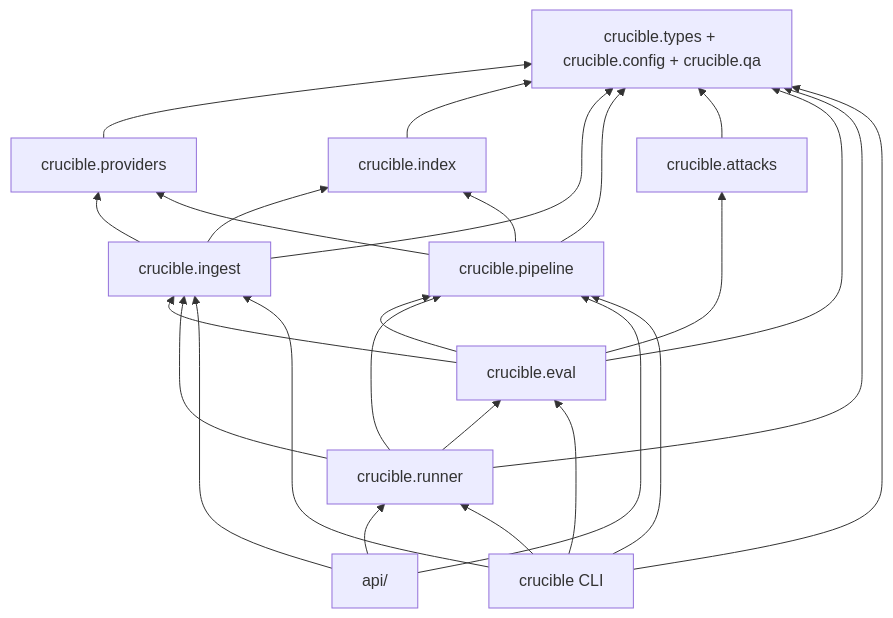
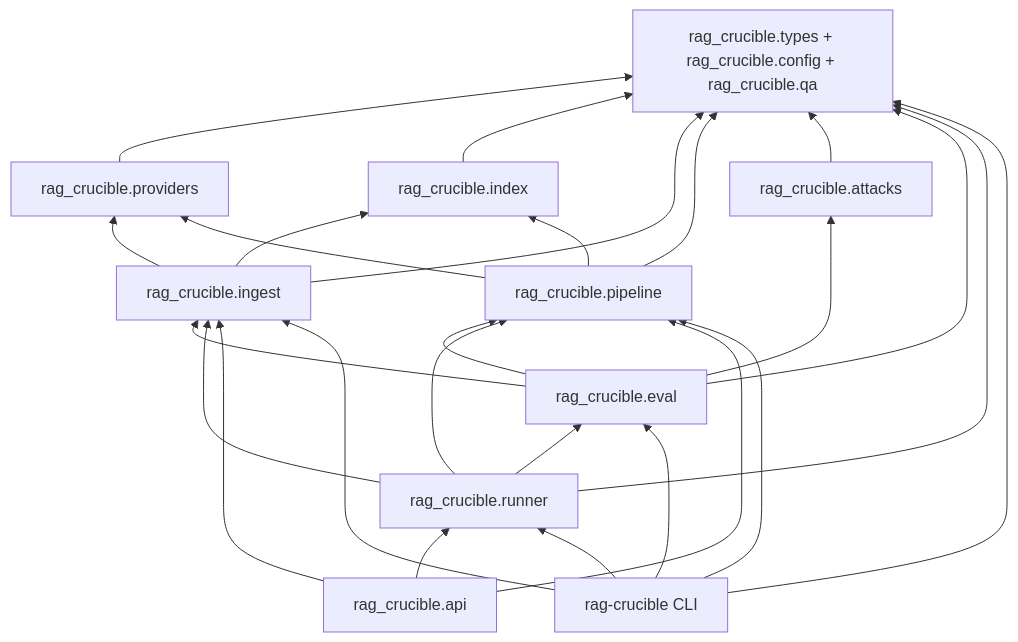
The sixth of 6 diagrams in docs/architecture.md (bobhaotian/RAG-Crucible---Security-Reliability-Evaluation-Platform-for-RAG), drawn with Mermaid before and after one commit. The commit also changed other lines of this file and 16 other files, not shown here.

````diff
--- a/docs/architecture.md
+++ b/docs/architecture.md
@@ -154,13 +154,13 @@
 ```mermaid
 flowchart BT
-    types[crucible.types + crucible.config + crucible.qa]
-    providers[crucible.providers] --> types
-    index[crucible.index] --> types
-    ingest[crucible.ingest] --> types & providers & index
-    pipeline[crucible.pipeline] --> providers & index & types
-    attacks[crucible.attacks] --> types
-    eval[crucible.eval] --> pipeline & attacks & ingest & types
-    runner[crucible.runner] --> eval & pipeline & ingest & types
-    api[api/] --> runner & pipeline & ingest
-    cli[crucible CLI] --> runner & eval & pipeline & ingest & types
+    types[rag_crucible.types + rag_crucible.config + rag_crucible.qa]
+    providers[rag_crucible.providers] --> types
+    index[rag_crucible.index] --> types
+    ingest[rag_crucible.ingest] --> types & providers & index
+    pipeline[rag_crucible.pipeline] --> providers & index & types
+    attacks[rag_crucible.attacks] --> types
+    eval[rag_crucible.eval] --> pipeline & attacks & ingest & types
+    runner[rag_crucible.runner] --> eval & pipeline & ingest & types
+    api[rag_crucible.api] --> runner & pipeline & ingest
+    cli[rag-crucible CLI] --> runner & eval & pipeline & ingest & types
 ```
````
